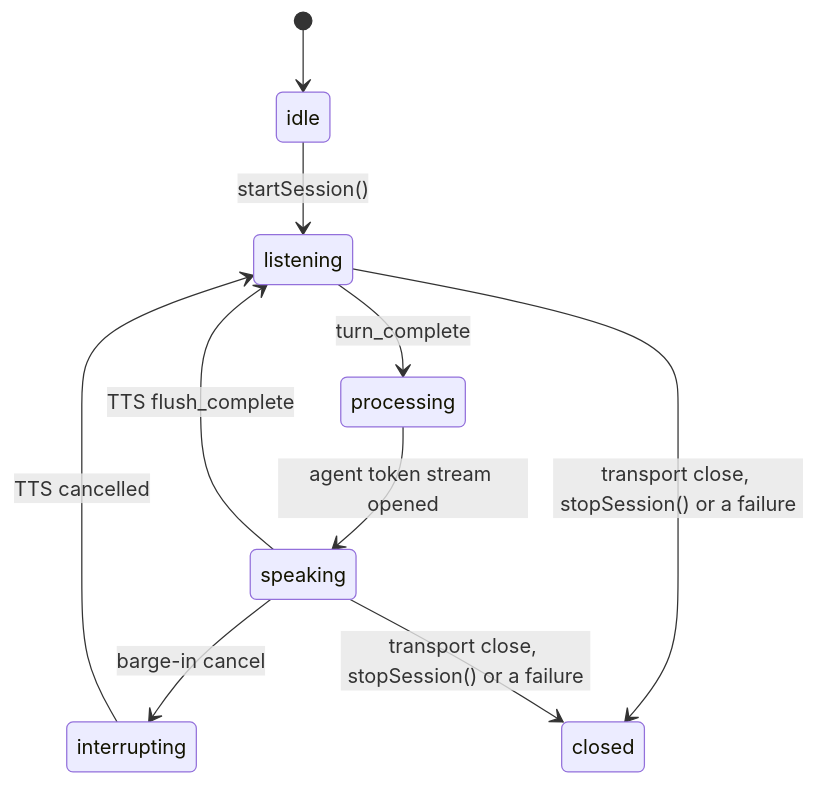
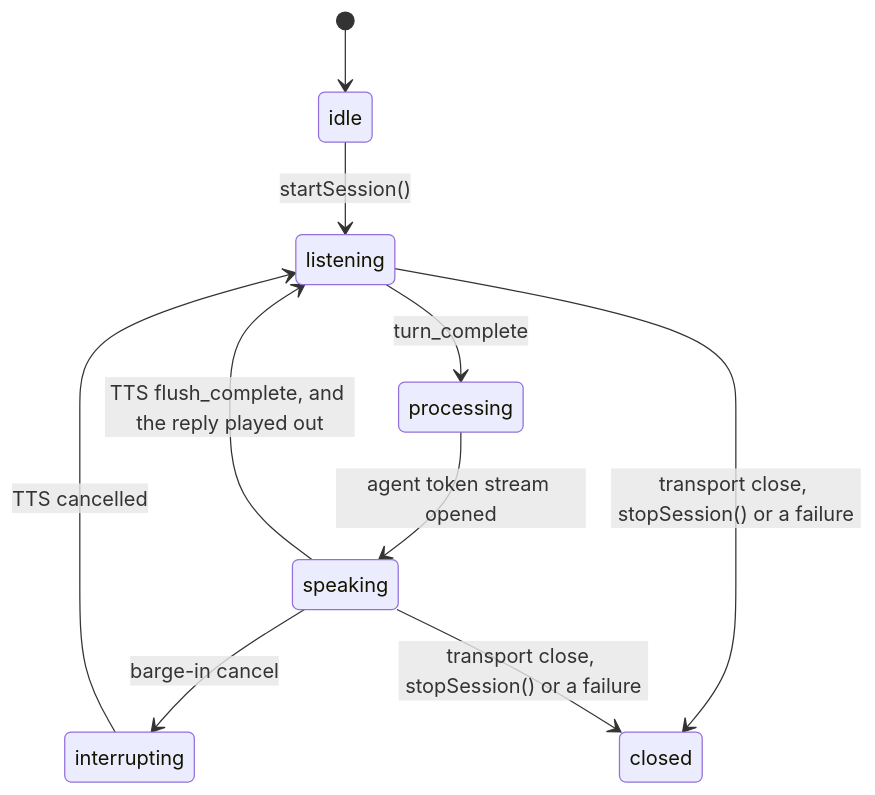
The second of 2 diagrams in docs/features/VOICE_PIPELINE.md (framerslab/agentos), drawn with Mermaid before and after one commit. The commit also changed other lines of this file and 6 other files, not shown here.

First line of the commit message:
fix(voice-pipeline): keep a reply speaking until a LiveKit track has played it out

````diff
--- a/docs/features/VOICE_PIPELINE.md
+++ b/docs/features/VOICE_PIPELINE.md
@@ -28,12 +28,12 @@
 ```mermaid
 stateDiagram-v2
     [*] --> idle
     idle --> listening: startSession()
     listening --> processing: turn_complete
     processing --> speaking: agent token stream opened
-    speaking --> listening: TTS flush_complete
+    speaking --> listening: TTS flush_complete, and the reply played out
     speaking --> interrupting: barge-in cancel
     interrupting --> listening: TTS cancelled
     listening --> closed: transport close, stopSession() or a failure
     speaking --> closed: transport close, stopSession() or a failure
 ```
````
